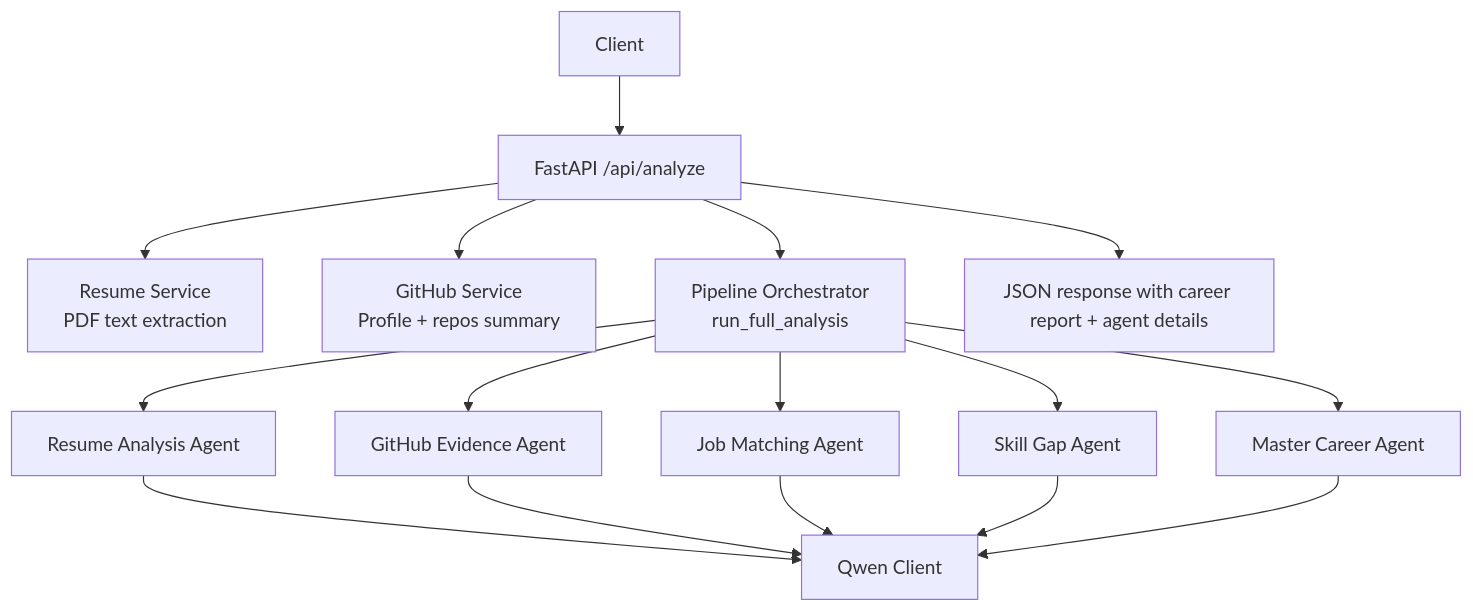
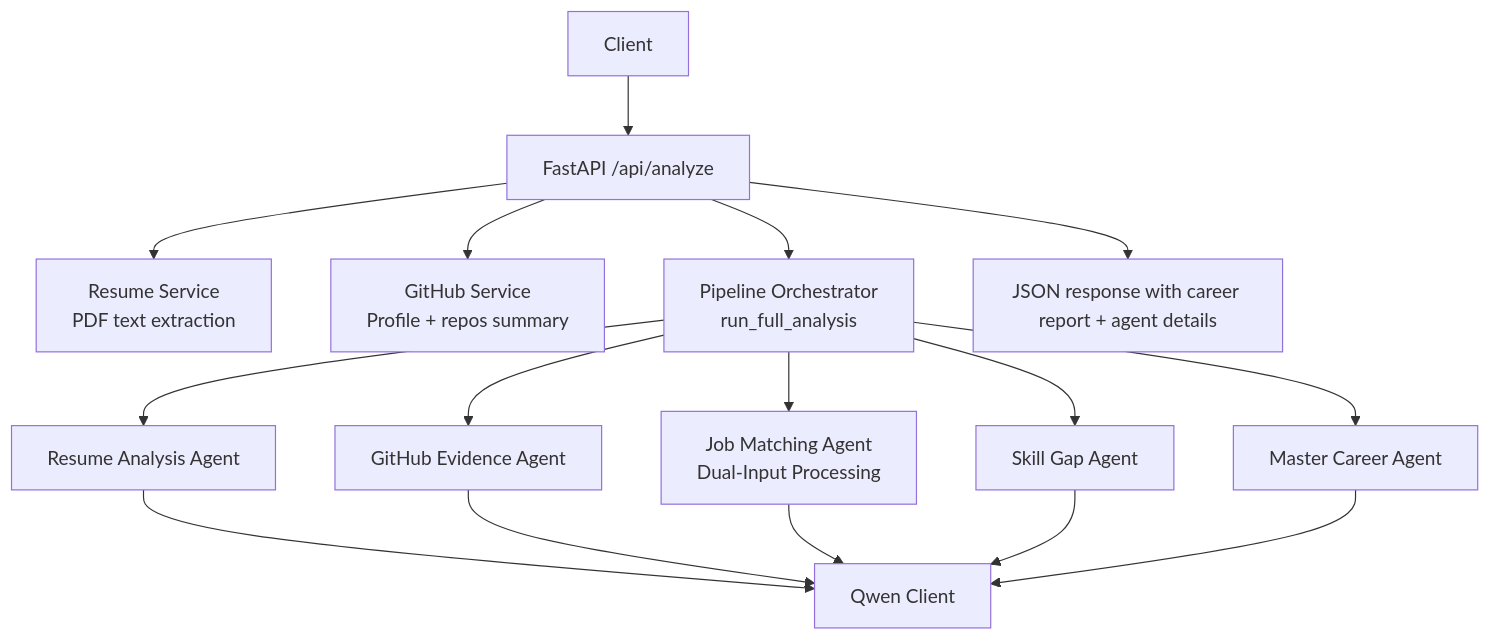
One commit to waqarimran342/CareerOS-AI changed the first of 5 diagrams in .qoder/repowiki/en/content/Multi-Agent System/Job Matching Agent.md. Above: the diagram before and after it, drawn with Mermaid. The commit also changed other lines of this file and 32 other files, not shown here.

````diff
--- a/.qoder/repowiki/en/content/Multi-Agent System/Job Matching Agent.md
+++ b/.qoder/repowiki/en/content/Multi-Agent System/Job Matching Agent.md
@@ -36,18 +44,18 @@
 ```mermaid
 graph TB
 Client["Client"] --> API["FastAPI /api/analyze"]
 API --> ResumeSvc["Resume Service<br/>PDF text extraction"]
 API --> GitHubSvc["GitHub Service<br/>Profile + repos summary"]
 API --> Pipeline["Pipeline Orchestrator<br/>run_full_analysis"]
 Pipeline --> ResumeAgent["Resume Analysis Agent"]
 Pipeline --> GitHubAgent["GitHub Evidence Agent"]
 ResumeAgent --> Qwen["Qwen Client"]
 GitHubAgent --> Qwen
-Pipeline --> JobMatchAgent["Job Matching Agent"]
+Pipeline --> JobMatchAgent["Job Matching Agent<br/>Dual-Input Processing"]
 JobMatchAgent --> Qwen
 Pipeline --> SkillGapAgent["Skill Gap Agent"]
 SkillGapAgent --> Qwen
 Pipeline --> MasterAgent["Master Career Agent"]
 MasterAgent --> Qwen
 API --> Response["JSON response with career report + agent details"]
 ```
````
